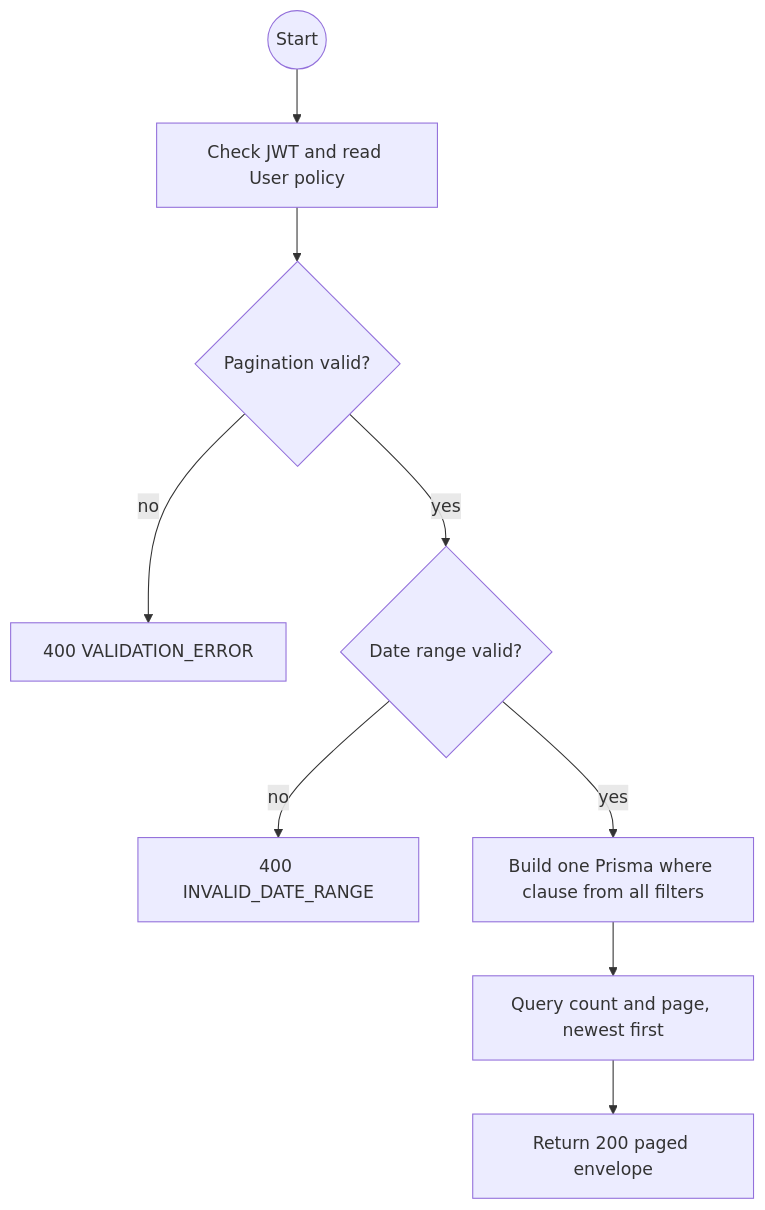
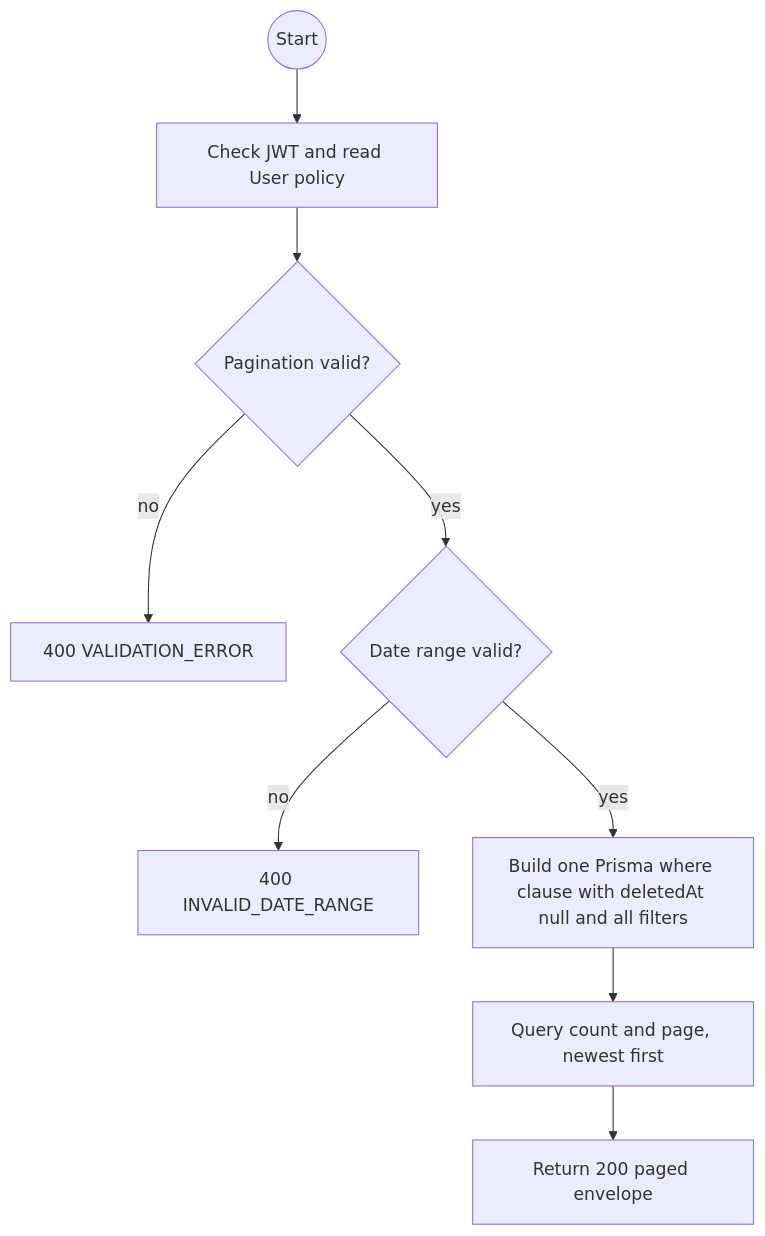
The first of 2 diagrams in specs/auth/api-design/11-get-users-list.md (TrekLink-Team/treklink-web), drawn with Mermaid before and after one commit. The commit also changed other lines of this file and 9 other files, not shown here.

````diff
--- a/specs/auth/api-design/11-get-users-list.md
+++ b/specs/auth/api-design/11-get-users-list.md
@@ -93,11 +93,11 @@
 ```mermaid
 flowchart TB
     S((Start)) --> G[Check JWT and read User policy]
     G --> P{Pagination valid?}
     P -->|no| E1[400 VALIDATION_ERROR]
     P -->|yes| D{Date range valid?}
     D -->|no| E2[400 INVALID_DATE_RANGE]
-    D -->|yes| Q[Build one Prisma where clause from all filters]
+    D -->|yes| Q[Build one Prisma where clause with deletedAt null and all filters]
     Q --> L[Query count and page, newest first]
     L --> O[Return 200 paged envelope]
 ```
````
